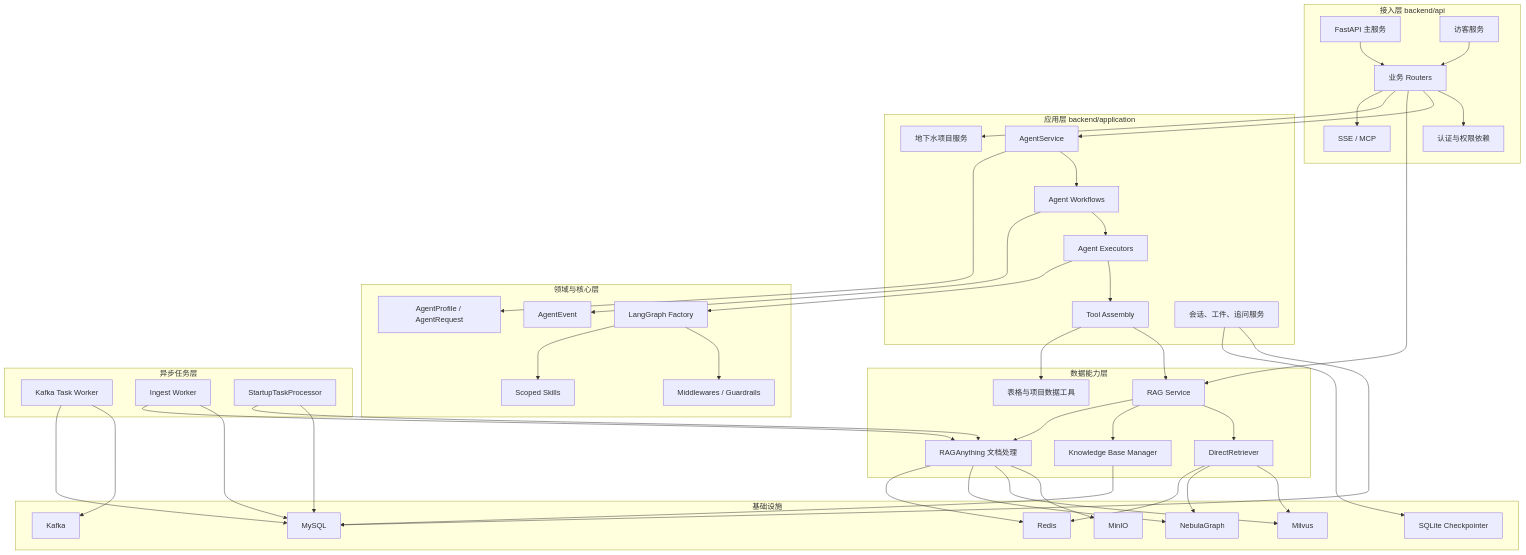
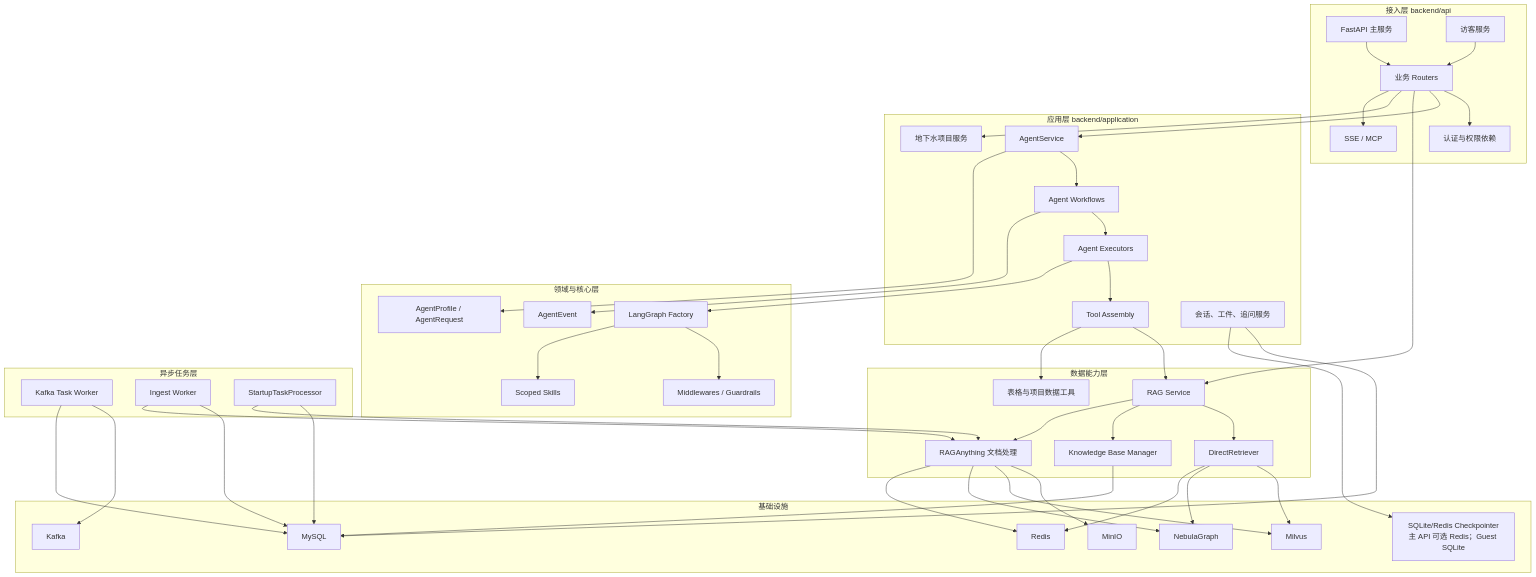
The seventh of 11 diagrams in docs/项目介绍与系统架构.md (simpleqt/radai), drawn with Mermaid before and after one commit. The commit also changed other lines of this file and 1822 other files, not shown here.

```diff
--- a/docs/项目介绍与系统架构.md
+++ b/docs/项目介绍与系统架构.md
@@ -470,7 +510,7 @@
         CACHE["Redis"]
         OBJECT["MinIO"]
         MQ["Kafka"]
-        CP["SQLite Checkpointer"]
+        CP["SQLite/Redis Checkpointer<br/>主 API 可选 Redis；Guest SQLite"]
     end
 
     HTTP --> ROUTER
```
